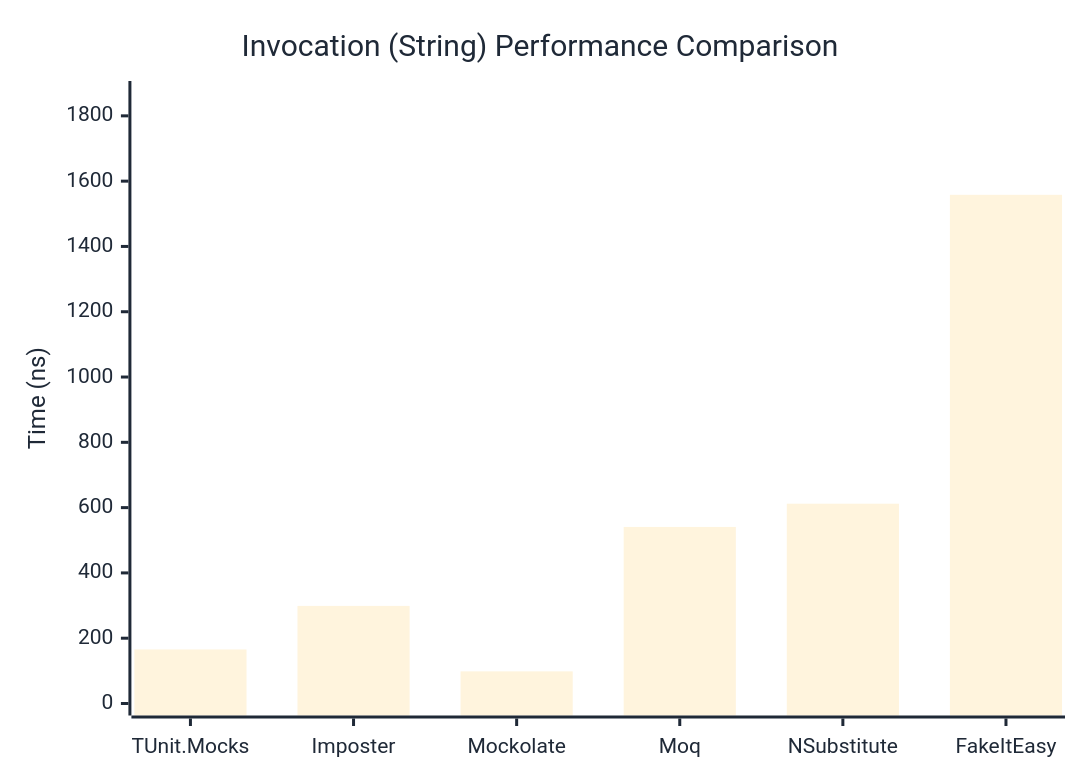
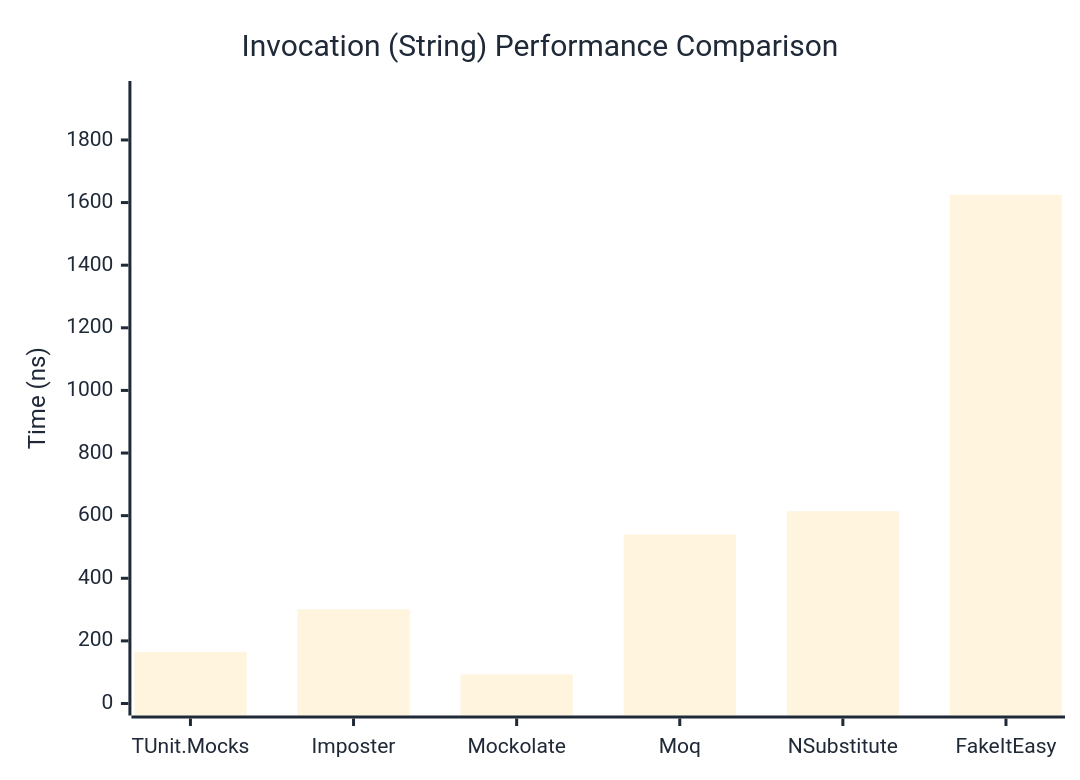
Before and after one commit to thomhurst/TUnit: the second of 3 diagrams in docs/docs/benchmarks/mocks/Invocation.md, drawn with Mermaid. The commit also changed other lines of this file and 14 other files, not shown here.

````diff
--- a/docs/docs/benchmarks/mocks/Invocation.md
+++ b/docs/docs/benchmarks/mocks/Invocation.md
@@ -71,27 +71,27 @@
 ```mermaid
 %%{init: {
   'theme':'base',
   'themeVariables': {
     'primaryColor': '#2563eb',
     'primaryTextColor': '#1f2937',
     'primaryBorderColor': '#1e40af',
     'lineColor': '#6b7280',
     'secondaryColor': '#7c3aed',
     'tertiaryColor': '#dc2626',
     'background': '#ffffff',
     'pie1': '#2563eb',
     'pie2': '#7c3aed',
     'pie3': '#dc2626',
     'pie4': '#f59e0b',
     'pie5': '#10b981',
     'pie6': '#06b6d4',
     'pie7': '#ec4899',
     'pie8': '#6366f1'
   }
 }}%%
 xychart-beta
   title "Invocation (String) Performance Comparison"
   x-axis ["TUnit.Mocks", "Imposter", "Mockolate", "Moq", "NSubstitute", "FakeItEasy"]
-  y-axis "Time (ns)" 0 --> 1870
-  bar [165.54, 298.9, 98.4, 540.84, 611.97, 1558.14]
+  y-axis "Time (ns)" 0 --> 1950
+  bar [165.25, 300.99, 93.11, 540.08, 613.95, 1624.81]
 ```
````
